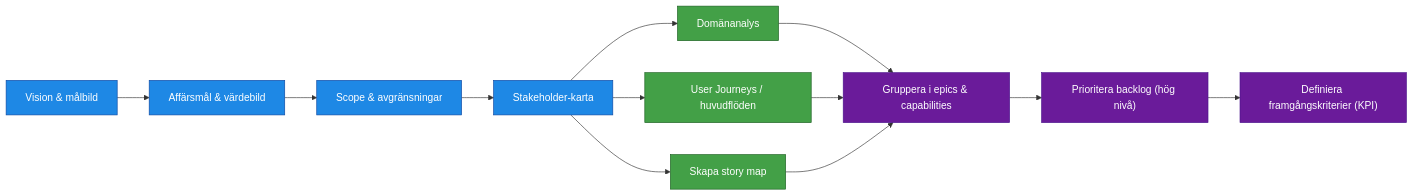
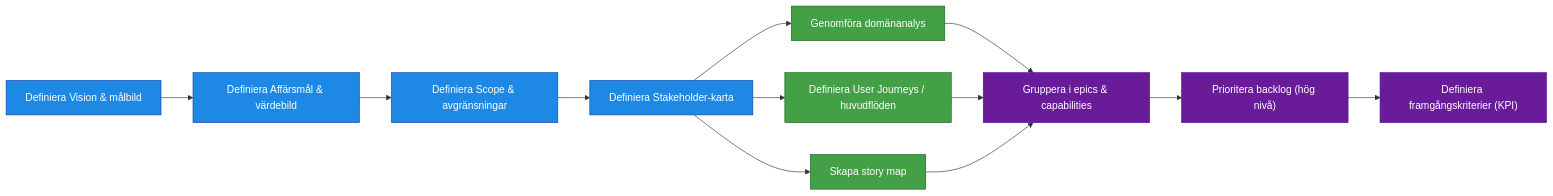
The diagram in docs/Processer/1. Kravställning.md (Riniga/valuestream-os), drawn with Mermaid before and after one commit. The commit also changed other lines of this file and 40 other files, not shown here.

````diff
--- a/docs/Processer/1. Kravställning.md
+++ b/docs/Processer/1. Kravställning.md
@@ -14,29 +14,29 @@
 ```mermaid
 flowchart LR
     %% SEKVENTIELL START
-    A1["Vision & målbild"] --> A2["Affärsmål & värdebild"]
-    A2 --> A3["Scope & avgränsningar"]
-    A3 --> A4["Stakeholder-karta"]
+    A1["Definiera Vision & målbild"] --> A2["Definiera Affärsmål & värdebild"]
+    A2 --> A3["Definiera Scope & avgränsningar"]
+    A3 --> A4["Definiera Stakeholder-karta"]
 
     %% PARALLELLA DELPROCESSER
-    A4 --> B1["Domänanalys"]
-    A4 --> B2["User Journeys / huvudflöden"]
+    A4 --> B1["Genomföra domänanalys"]
+    A4 --> B2["Definiera User Journeys / huvudflöden"]
     A4 --> B3["Skapa story map"]
 
     %% FORTSÄTTNING EFTER PARALLELLT ARBETE
     B1 --> C1["Gruppera i epics & capabilities"]
     B2 --> C1
     B3 --> C1
 
     C1 --> C2["Prioritera backlog (hög nivå)"]
     C2 --> C3["Definiera framgångskriterier (KPI)"]
 
     %% STYLING
     classDef seq fill:#1e88e5,stroke:#0d47a1,color:#fff;
     classDef par fill:#43a047,stroke:#1b5e20,color:#fff;
     classDef slut fill:#6a1b9a,stroke:#4a148c,color:#fff;
 
     class A1,A2,A3,A4 seq;
     class B1,B2,B3 par;
     class C1,C2,C3 slut;
 ```
````
